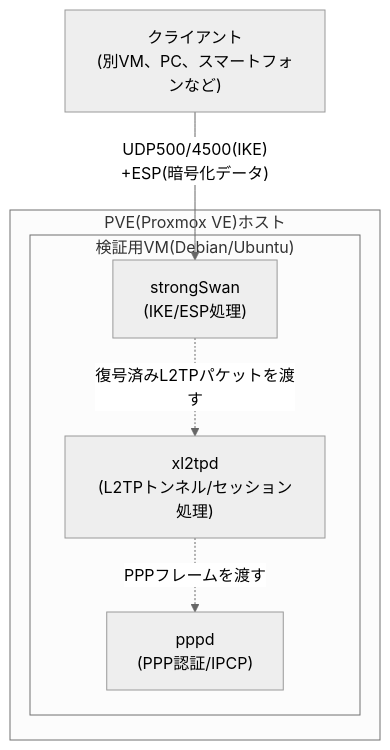
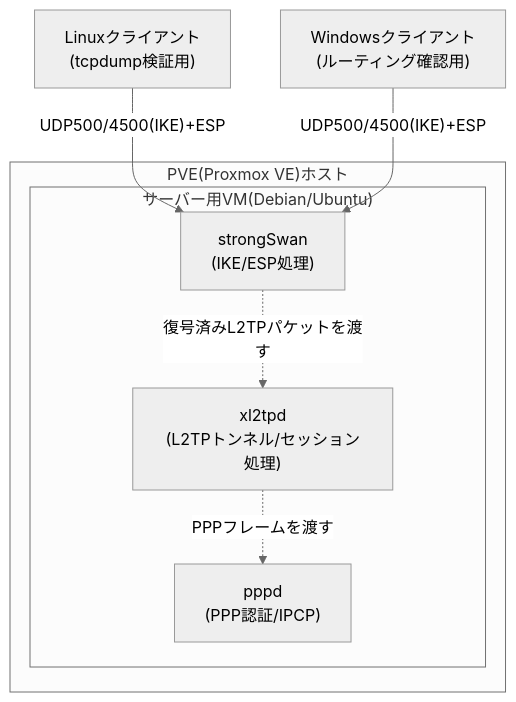
The diagram in src/content/articles/l2tp-ipsec-lab-guide.md (koikoi1998/koikoi-blog-20260723), drawn with Mermaid (neutral theme) before and after one commit. The commit also changed other lines of this file and 5 other files, not shown here.

````diff
--- a/src/content/articles/l2tp-ipsec-lab-guide.md
+++ b/src/content/articles/l2tp-ipsec-lab-guide.md
@@ -33,13 +45,14 @@
 ```mermaid
 graph TB
     subgraph PVE["PVE(Proxmox VE)ホスト"]
-        subgraph VM["検証用VM(Debian/Ubuntu)"]
+        subgraph VM["サーバー用VM(Debian/Ubuntu)"]
             SS["strongSwan<br/>(IKE/ESP処理)"]
             XL["xl2tpd<br/>(L2TPトンネル/セッション処理)"]
             PPPD["pppd<br/>(PPP認証/IPCP)"]
             SS -.復号済みL2TPパケットを渡す.-> XL
             XL -.PPPフレームを渡す.-> PPPD
         end
     end
-    Client["クライアント<br/>(別VM、PC、スマートフォンなど)"] -->|"UDP500/4500(IKE)<br/>+ESP(暗号化データ)"| SS
+    LinuxClient["Linuxクライアント<br/>(tcpdump検証用)"] -->|"UDP500/4500(IKE)+ESP"| SS
+    WinClient["Windowsクライアント<br/>(ルーティング確認用)"] -->|"UDP500/4500(IKE)+ESP"| SS
 ```
````
